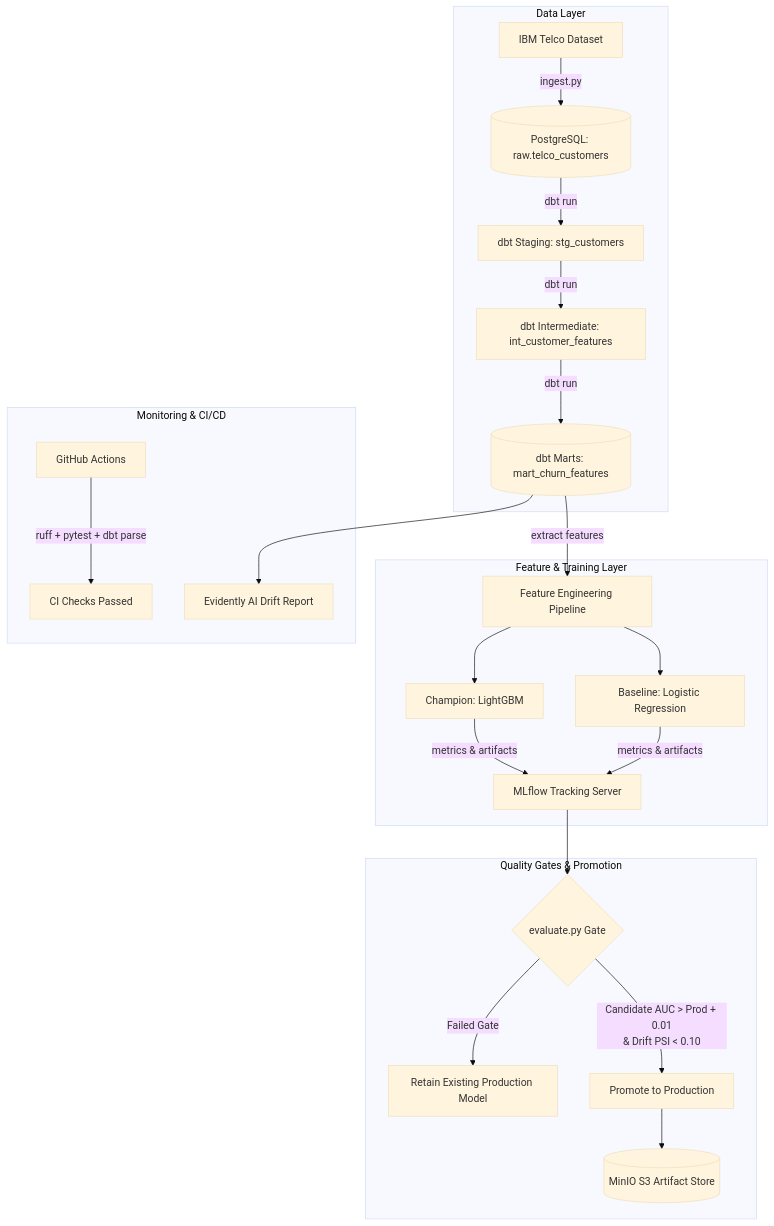
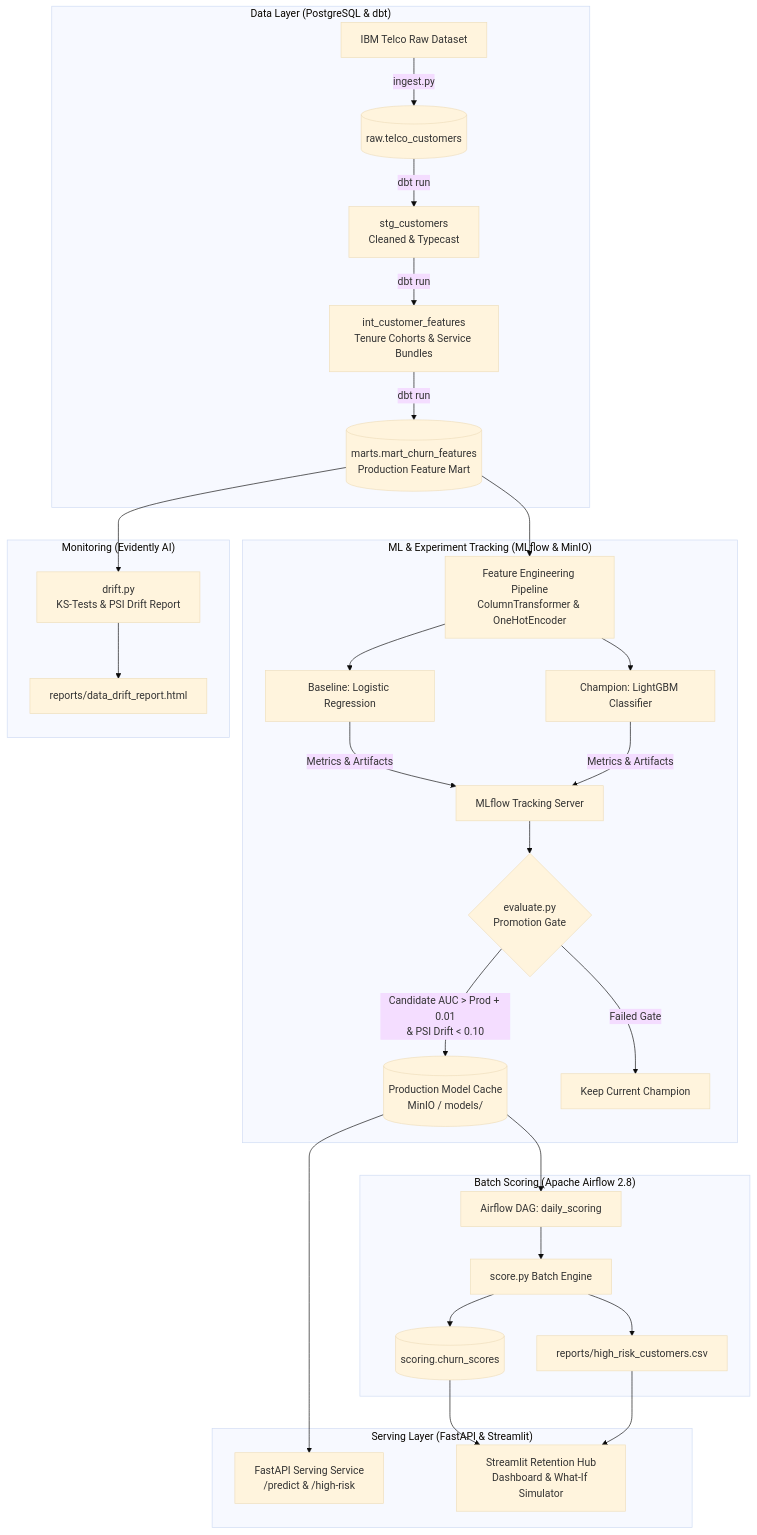
The diagram in README.md (Alokkr00/Customer-Churn-Pipeline), drawn with Mermaid (base theme) before and after one commit. The commit also changed other lines of this file and 15 other files, not shown here.

Commit message:
feat: Implement Phase 3 - Daily Scoring, FastAPI Serving, Streamlit Hub & SEO Docs

````diff
--- a/README.md
+++ b/README.md
@@ -38,29 +54,38 @@
 ```mermaid
 flowchart TD
-    subgraph Data Layer
-        A[IBM Telco Dataset] -->|ingest.py| B[(PostgreSQL: raw.telco_customers)]
-        B -->|dbt run| C[dbt Staging: stg_customers]
-        C -->|dbt run| D[dbt Intermediate: int_customer_features]
-        D -->|dbt run| E[(dbt Marts: mart_churn_features)]
+    subgraph Ingestion & Transformation ["Data Layer (PostgreSQL & dbt)"]
+        A[IBM Telco Raw Dataset] -->|ingest.py| B[(raw.telco_customers)]
+        B -->|dbt run| C[stg_customers\nCleaned & Typecast]
+        C -->|dbt run| D[int_customer_features\nTenure Cohorts & Service Bundles]
+        D -->|dbt run| E[(marts.mart_churn_features\nProduction Feature Mart)]
     end
 
-    subgraph Feature & Training Layer
-        E -->|extract features| F[Feature Engineering Pipeline]
+    subgraph Training & Governance ["ML & Experiment Tracking (MLflow & MinIO)"]
+        E --> F[Feature Engineering Pipeline\nColumnTransformer & OneHotEncoder]
         F --> G[Baseline: Logistic Regression]
-        F --> H[Champion: LightGBM]
-        G -->|metrics & artifacts| I[MLflow Tracking Server]
-        H -->|metrics & artifacts| I
+        F --> H[Champion: LightGBM Classifier]
+        G -->|Metrics & Artifacts| I[MLflow Tracking Server]
+        H -->|Metrics & Artifacts| I
+        I --> J{evaluate.py\nPromotion Gate}
+        J -->|Candidate AUC > Prod + 0.01\n& PSI Drift < 0.10| K[(Production Model Cache\nMinIO / models/)]
+        J -->|Failed Gate| L[Keep Current Champion]
     end
 
-    subgraph Quality Gates & Promotion
-        I --> J{evaluate.py Gate}
-        J -->|Candidate AUC > Prod + 0.01\n& Drift PSI < 0.10| K[Promote to Production]
-        J -->|Failed Gate| L[Retain Existing Production Model]
-        K --> M[(MinIO S3 Artifact Store)]
+    subgraph Scoring & Orchestration ["Batch Scoring (Apache Airflow 2.8)"]
+        K --> M[Airflow DAG: daily_scoring]
+        M --> N[score.py Batch Engine]
+        N --> O[(scoring.churn_scores)]
+        N --> P[reports/high_risk_customers.csv]
     end
 
-    subgraph Monitoring & CI/CD
-        E --> N[Evidently AI Drift Report]
-        O[GitHub Actions] -->|ruff + pytest + dbt parse| P[CI Checks Passed]
+    subgraph Serving & UI ["Serving Layer (FastAPI & Streamlit)"]
+        K --> Q[FastAPI Serving Service\n/predict & /high-risk]
+        O --> R[Streamlit Retention Hub\nDashboard & What-If Simulator]
+        P --> R
+    end
+
+    subgraph Monitoring ["Monitoring (Evidently AI)"]
+        E --> S[drift.py\nKS-Tests & PSI Drift Report]
+        S --> T[reports/data_drift_report.html]
     end
 ```
````
